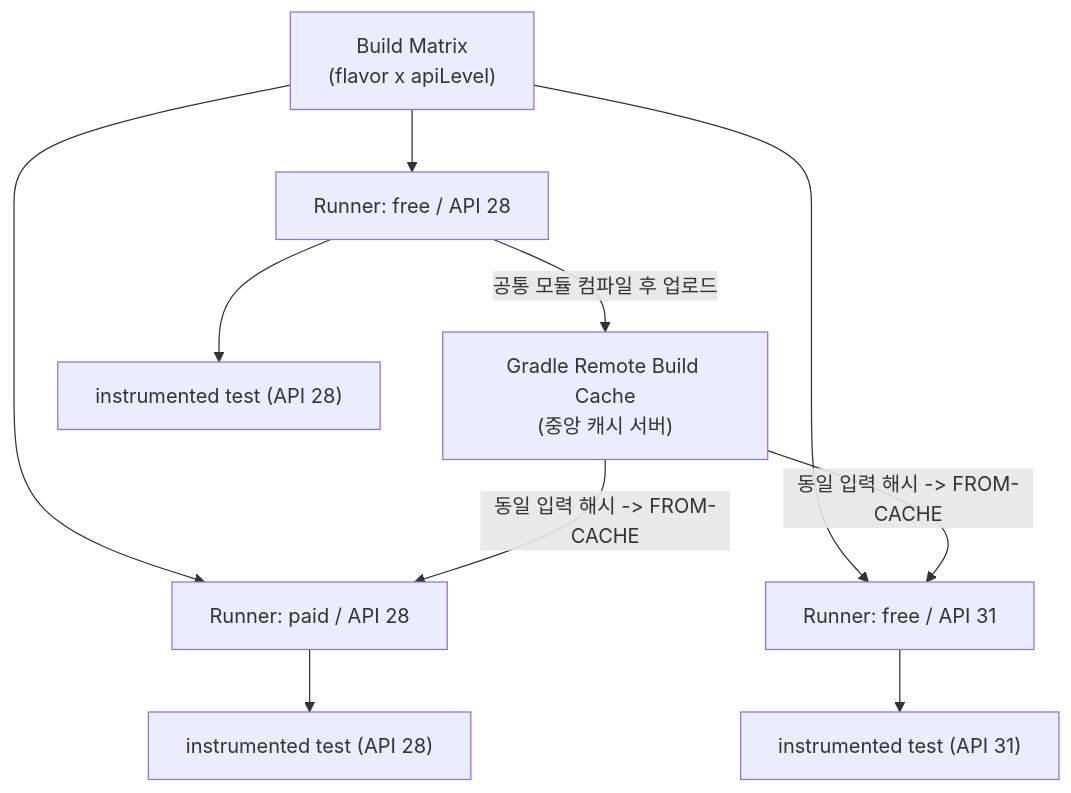
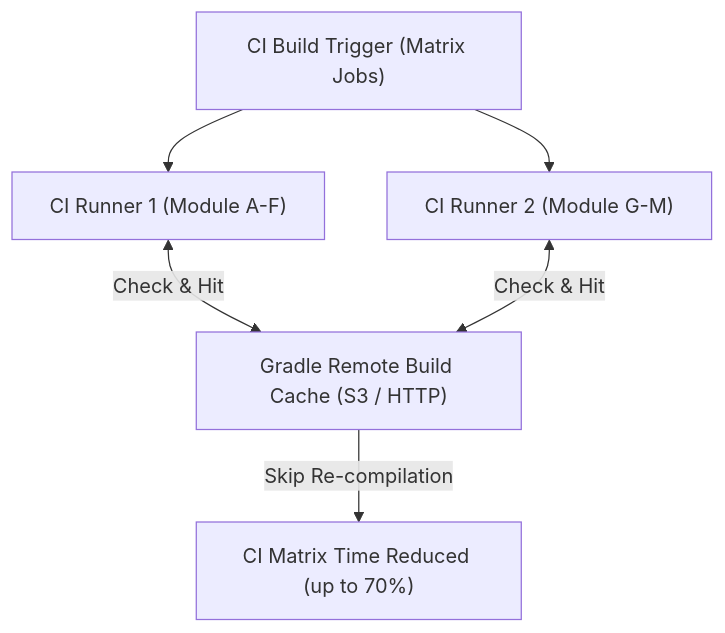
Before and after one commit to youngmin-gwon/what-i-studied: the diagram in 01_inbox/mobile/android/03_packaging_deployment/build/ci-cd-contracts/build-matrix-and-remote-cache-together-reduce-ci-matrix-time.md, drawn with Mermaid. The commit also changed other lines of this file and 134 other files, not shown here.

````diff
--- a/01_inbox/mobile/android/03_packaging_deployment/build/ci-cd-contracts/build-matrix-and-remote-cache-together-reduce-ci-matrix-time.md
+++ b/01_inbox/mobile/android/03_packaging_deployment/build/ci-cd-contracts/build-matrix-and-remote-cache-together-reduce-ci-matrix-time.md
@@ -21,14 +28,10 @@
 ```mermaid
 flowchart TD
-    Matrix["Build Matrix\n(flavor x apiLevel)"] --> Cell1["Runner: free / API 28"]
-    Matrix --> Cell2["Runner: paid / API 28"]
-    Matrix --> Cell3["Runner: free / API 31"]
-
-    Cell1 -->|공통 모듈 컴파일 후 업로드| RemoteCache["Gradle Remote Build Cache\n(중앙 캐시 서버)"]
-    RemoteCache -->|동일 입력 해시 -> FROM-CACHE| Cell2
-    RemoteCache -->|동일 입력 해시 -> FROM-CACHE| Cell3
-
-    Cell1 --> InstrTest1["instrumented test (API 28)"]
-    Cell2 --> InstrTest2["instrumented test (API 28)"]
-    Cell3 --> InstrTest3["instrumented test (API 31)"]
+    BuildTrigger["CI Build Trigger (Matrix Jobs)"] --> Runner1["CI Runner 1 (Module A-F)"]
+    BuildTrigger --> Runner2["CI Runner 2 (Module G-M)"]
+    
+    Runner1 <-->|Check & Hit| RemoteCache["Gradle Remote Build Cache (S3 / HTTP)"]
+    Runner2 <-->|Check & Hit| RemoteCache
+    
+    RemoteCache -->|Skip Re-compilation| FastResult["CI Matrix Time Reduced (up to 70%)"]
 ```
````
